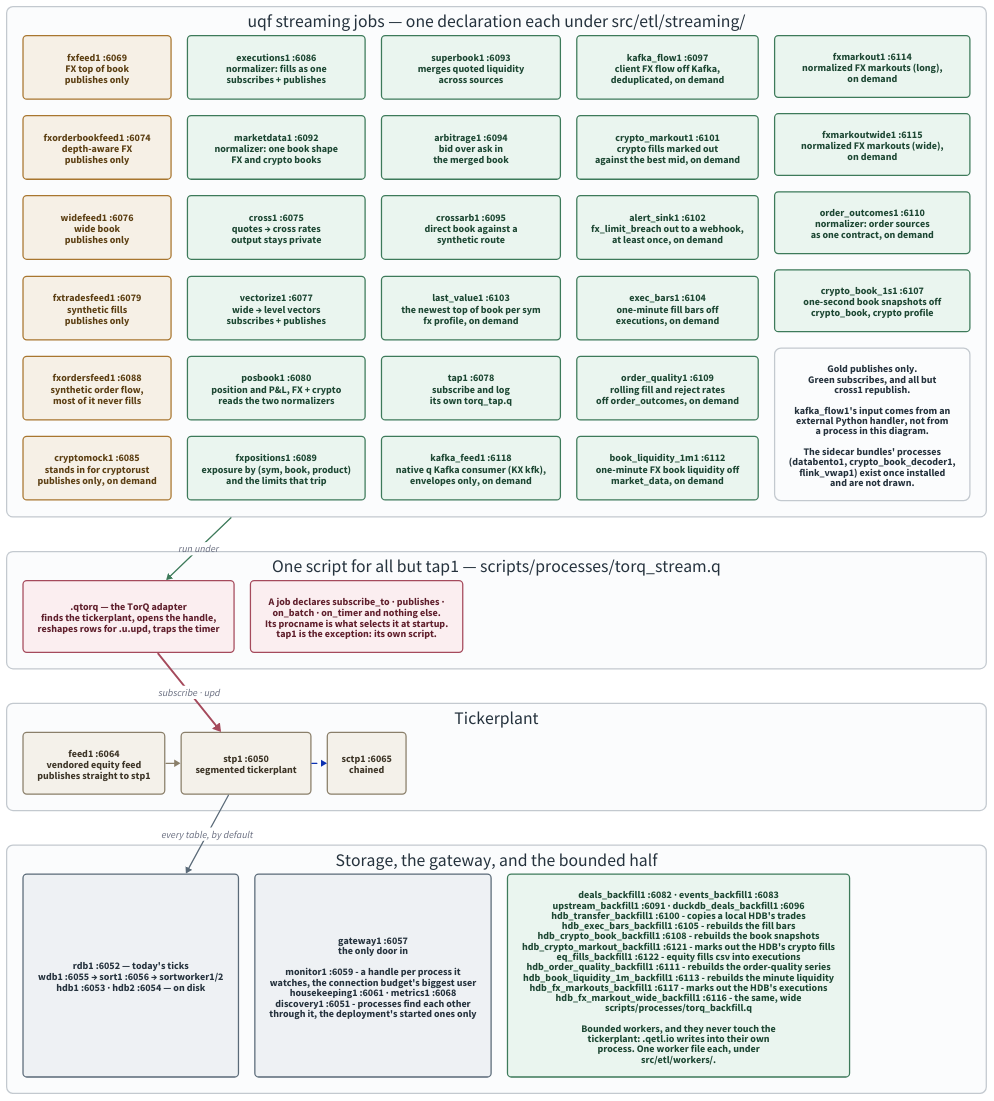
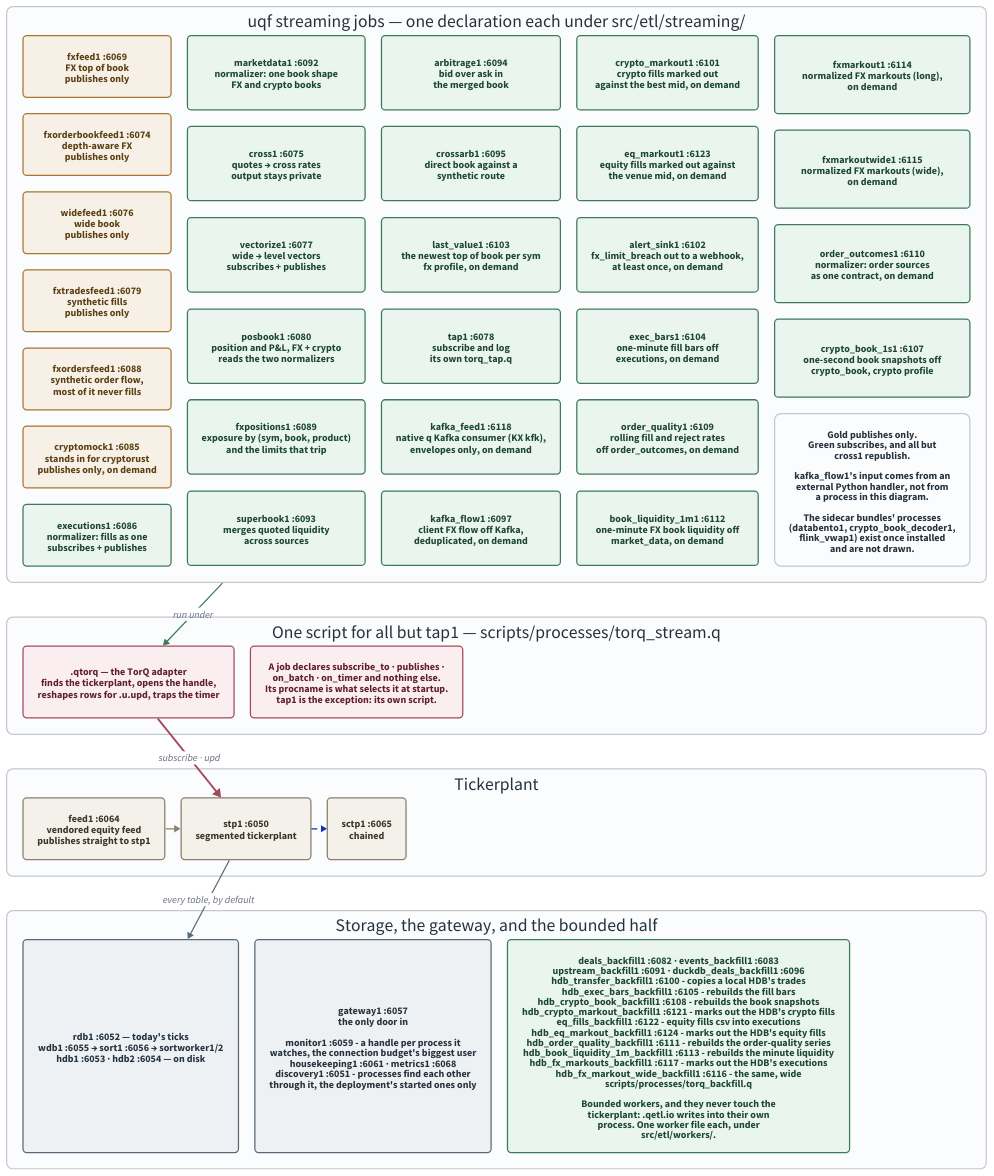
One commit to kwojdalski/uqf changed the diagram in docs/diagrams/stack-topology.d2. Above: the diagram before and after it, drawn with D2. The commit also changed 31 other files, not shown here.

First line of the commit message:
Equity markout dataset: eq_markout, its live job and its bounded twin (#1981)

```diff
--- a/docs/diagrams/stack-topology.d2
+++ b/docs/diagrams/stack-topology.d2
@@ -1,177 +1,178 @@
 # stack-topology.d2 - who connects to whom over IPC in the running stack.
 #
 # Rendered by `scripts/generate/derive.py diagrams`, which CI runs with
 # --check. Embedded from docs/architecture/stack.md.
 #
 # Ports are the defaults at base 6050; every one is {KDBBASEPORT}+offset, so
 # a different base shifts them all together. The authority for the offsets
 # is docs/reference/processes.md, which is GENERATED from the
 # pipeline registry - if this diagram and that table disagree, the table is
 # right.
 # scripts/gates/check_diagram_ports.py fails the build when any `name :port`
 # label here disagrees with that authority (#1369).
 #
 # WHAT THIS SHOWS THAT THE MERMAID VERSION DID NOT (#245).
 #
 # Every uqf streaming process but tap1 runs the SAME script. Since #204 a
 # streaming job is a declaration under src/etl/streaming/ and
 # processes/torq_stream.q is the one runner; which job a process runs is
 # decided by its procname at startup. The old diagram drew a script per
 # process, which is what the stack looked like before .qetl.job.stream and is the
 # single most misleading thing about it.
 #
 # The two connection patterns are still real and still different - publish
 # only, versus an access-listed subscribe - but a job performs neither
 # itself now. .qtorq does both on its behalf, which is why the adapter is
 # drawn between the processes and the tickerplant rather than left out.
 #
 # Backfills are on here too, and were not before. They are the other half
 # of the ETL tree and they reach the tickerplant NOT AT ALL: a bounded
 # worker writes through .qetl.io into its own process, so its rows never
 # traverse stp1. Drawing them beside the streaming jobs is the point - the
 # two halves look alike in the code and take completely different paths to
 # storage.
 
 direction: down
 
 grid-rows: 4
 grid-gap: 55
 
 vars: {
   d2-config: {
     pad: 40
   }
 }
 
 # Same palette as repo-overview.d2, so the set reads as one system: light
 # fills with dark text in both themes rather than a --dark-theme pairing,
 # which d2 still applies explicit styles over (d2lang/d2#831).
 classes: {
   feed: {
     style: {
       fill: "#f6f0e6"
       stroke: "#a8762f"
       font-color: "#5c3f13"
       border-radius: 6
     }
   }
   job: {
     style: {
       fill: "#eaf5ef"
       stroke: "#3d7a5a"
       font-color: "#1d4733"
       border-radius: 6
     }
   }
   adapter: {
     style: {
       fill: "#fbeef0"
       stroke: "#a54a5c"
       font-color: "#5f1f2c"
       border-radius: 6
     }
   }
   store: {
     style: {
       fill: "#eef1f4"
       stroke: "#5a6a78"
       font-color: "#25323d"
       border-radius: 6
     }
   }
   vendored: {
     style: {
       fill: "#f4f1ea"
       stroke: "#8a7f6a"
       font-color: "#3d3527"
       border-radius: 6
     }
   }
   band: {
     style: {
       fill: "#fbfcfd"
       stroke: "#c3c9cf"
       font-color: "#25323d"
       stroke-width: 2
       border-radius: 10
     }
   }
 }
 
 jobs: "uqf streaming jobs — one declaration each under src/etl/streaming/" {
   class: band
   grid-columns: 5
   grid-gap: 26
 
   fxfeed1: "fxfeed1 :6069\nFX top of book\npublishes only" { class: feed }
   fxorderbookfeed1: "fxorderbookfeed1 :6074\ndepth-aware FX\npublishes only" { class: feed }
   widefeed1: "widefeed1 :6076\nwide book\npublishes only" { class: feed }
   fxtradesfeed1: "fxtradesfeed1 :6079\nsynthetic fills\npublishes only" { class: feed }
   fxordersfeed1: "fxordersfeed1 :6088\nsynthetic order flow,\nmost of it never fills" { class: feed }
 
   cryptomock1: "cryptomock1 :6085\nstands in for cryptorust\npublishes only, on demand" { class: feed }
   executions1: "executions1 :6086\nnormalizer: fills as one\nsubscribes + publishes" { class: job }
   marketdata1: "marketdata1 :6092\nnormalizer: one book shape\nFX and crypto books" { class: job }
 
   cross1: "cross1 :6075\nquotes → cross rates\noutput stays private" { class: job }
   vectorize1: "vectorize1 :6077\nwide → level vectors\nsubscribes + publishes" { class: job }
   posbook1: "posbook1 :6080\nposition and P&L, FX + crypto\nreads the two normalizers" { class: job }
   fxpositions1: "fxpositions1 :6089\nexposure by (sym, book, product)\nand the limits that trip" { class: job }
 
   superbook1: "superbook1 :6093\nmerges quoted liquidity\nacross sources" { class: job }
   arbitrage1: "arbitrage1 :6094\nbid over ask in\nthe merged book" { class: job }
   crossarb1: "crossarb1 :6095\ndirect book against a\nsynthetic route" { class: job }
   last_value1: "last_value1 :6103\nthe newest top of book per sym\nfx profile, on demand" { class: job }
   tap1: "tap1 :6078\nsubscribe and log\nits own torq_tap.q" { class: job }
   kafka_feed1: "kafka_feed1 :6118\nnative q Kafka consumer (KX kfk),\nenvelopes only, on demand" { class: job }
   kafka_flow1: "kafka_flow1 :6097\nclient FX flow off Kafka,\ndeduplicated, on demand" { class: job }
   crypto_markout1: "crypto_markout1 :6101\ncrypto fills marked out\nagainst the best mid, on demand" { class: job }
+  eq_markout1: "eq_markout1 :6123\nequity fills marked out against\nthe venue mid, on demand" { class: job }
   alert_sink1: "alert_sink1 :6102\nfx_limit_breach out to a webhook,\nat least once, on demand" { class: job }
   exec_bars1: "exec_bars1 :6104\none-minute fill bars off\nexecutions, on demand" { class: job }
   order_quality1: "order_quality1 :6109\nrolling fill and reject rates\noff order_outcomes, on demand" { class: job }
   book_liquidity_1m1: "book_liquidity_1m1 :6112\none-minute FX book liquidity off\nmarket_data, on demand" { class: job }
   fxmarkout1: "fxmarkout1 :6114\nnormalized FX markouts (long),\non demand" { class: job }
   fxmarkoutwide1: "fxmarkoutwide1 :6115\nnormalized FX markouts (wide),\non demand" { class: job }
   order_outcomes1: "order_outcomes1 :6110\nnormalizer: order sources\nas one contract, on demand" { class: job }
   crypto_book_1s1: "crypto_book_1s1 :6107\none-second book snapshots off\ncrypto_book, crypto profile" { class: job }
   legend: "Gold publishes only.\nGreen subscribes, and all but\ncross1 republish.\n\nkafka_flow1's input comes from an\nexternal Python handler, not from\na process in this diagram.\n\nThe sidecar bundles' processes\n(databento1, crypto_book_decoder1,\nflink_vwap1) exist once installed\nand are not drawn." { class: band }
 }
 
 runner: "One script for all but tap1 — scripts/processes/torq_stream.q" {
   class: band
   grid-columns: 2
   grid-gap: 26
 
   qtorq: ".qtorq — the TorQ adapter\nfinds the tickerplant, opens the handle,\nreshapes rows for .u.upd, traps the timer" { class: adapter }
   note: "A job declares subscribe_to · publishes ·\non_batch · on_timer and nothing else.\nIts procname is what selects it at startup.\ntap1 is the exception: its own script." { class: adapter }
 }
 
 tp: "Tickerplant" {
   class: band
   grid-columns: 3
   grid-gap: 26
 
   feed1: "feed1 :6064\nvendored equity feed\npublishes straight to stp1" { class: vendored }
   stp: "stp1 :6050\nsegmented tickerplant" { class: vendored }
   sctp: "sctp1 :6065\nchained" { class: vendored }
 
   feed1 -> stp { style.stroke: "#8a7f6a" }
   stp -> sctp { style.stroke-dash: 4 }
 }
 
 downstream: "Storage, the gateway, and the bounded half" {
   class: band
   grid-columns: 3
   grid-gap: 26
 
   storage: "rdb1 :6052 — today's ticks\nwdb1 :6055 → sort1 :6056 → sortworker1/2\nhdb1 :6053 · hdb2 :6054 — on disk" { class: store }
   gw: "gateway1 :6057\nthe only door in\n\nmonitor1 :6059 - a handle per process it\nwatches, the connection budget's biggest user\nhousekeeping1 :6061 · metrics1 :6068\ndiscovery1 :6051 - processes find each other\nthrough it, the deployment's started ones only" { class: store }
-  backfills: "deals_backfill1 :6082 · events_backfill1 :6083\nupstream_backfill1 :6091 · duckdb_deals_backfill1 :6096\nhdb_transfer_backfill1 :6100 - copies a local HDB's trades\nhdb_exec_bars_backfill1 :6105 - rebuilds the fill bars\nhdb_crypto_book_backfill1 :6108 - rebuilds the book snapshots\nhdb_crypto_markout_backfill1 :6121 - marks out the HDB's crypto fills\neq_fills_backfill1 :6122 - equity fills csv into executions\nhdb_order_quality_backfill1 :6111 - rebuilds the order-quality series\nhdb_book_liquidity_1m_backfill1 :6113 - rebuilds the minute liquidity\nhdb_fx_markouts_backfill1 :6117 - marks out the HDB's executions\nhdb_fx_markout_wide_backfill1 :6116 - the same, wide\nscripts/processes/torq_backfill.q\n\nBounded workers, and they never touch the\ntickerplant: .qetl.io writes into their own\nprocess. One worker file each, under\nsrc/etl/workers/." { class: job }
+  backfills: "deals_backfill1 :6082 · events_backfill1 :6083\nupstream_backfill1 :6091 · duckdb_deals_backfill1 :6096\nhdb_transfer_backfill1 :6100 - copies a local HDB's trades\nhdb_exec_bars_backfill1 :6105 - rebuilds the fill bars\nhdb_crypto_book_backfill1 :6108 - rebuilds the book snapshots\nhdb_crypto_markout_backfill1 :6121 - marks out the HDB's crypto fills\neq_fills_backfill1 :6122 - equity fills csv into executions\nhdb_eq_markout_backfill1 :6124 - marks out the HDB's equity fills\nhdb_order_quality_backfill1 :6111 - rebuilds the order-quality series\nhdb_book_liquidity_1m_backfill1 :6113 - rebuilds the minute liquidity\nhdb_fx_markouts_backfill1 :6117 - marks out the HDB's executions\nhdb_fx_markout_wide_backfill1 :6116 - the same, wide\nscripts/processes/torq_backfill.q\n\nBounded workers, and they never touch the\ntickerplant: .qetl.io writes into their own\nprocess. One worker file each, under\nsrc/etl/workers/." { class: job }
 }
 
 jobs -> runner.qtorq: "run under" { style.stroke: "#3d7a5a" }
 runner.qtorq -> tp.stp: "subscribe · upd" {
   style.stroke: "#a54a5c"
   style.stroke-width: 3
 }
 tp.stp -> downstream.storage: "every table, by default" { style.stroke: "#5a6a78" }
```
